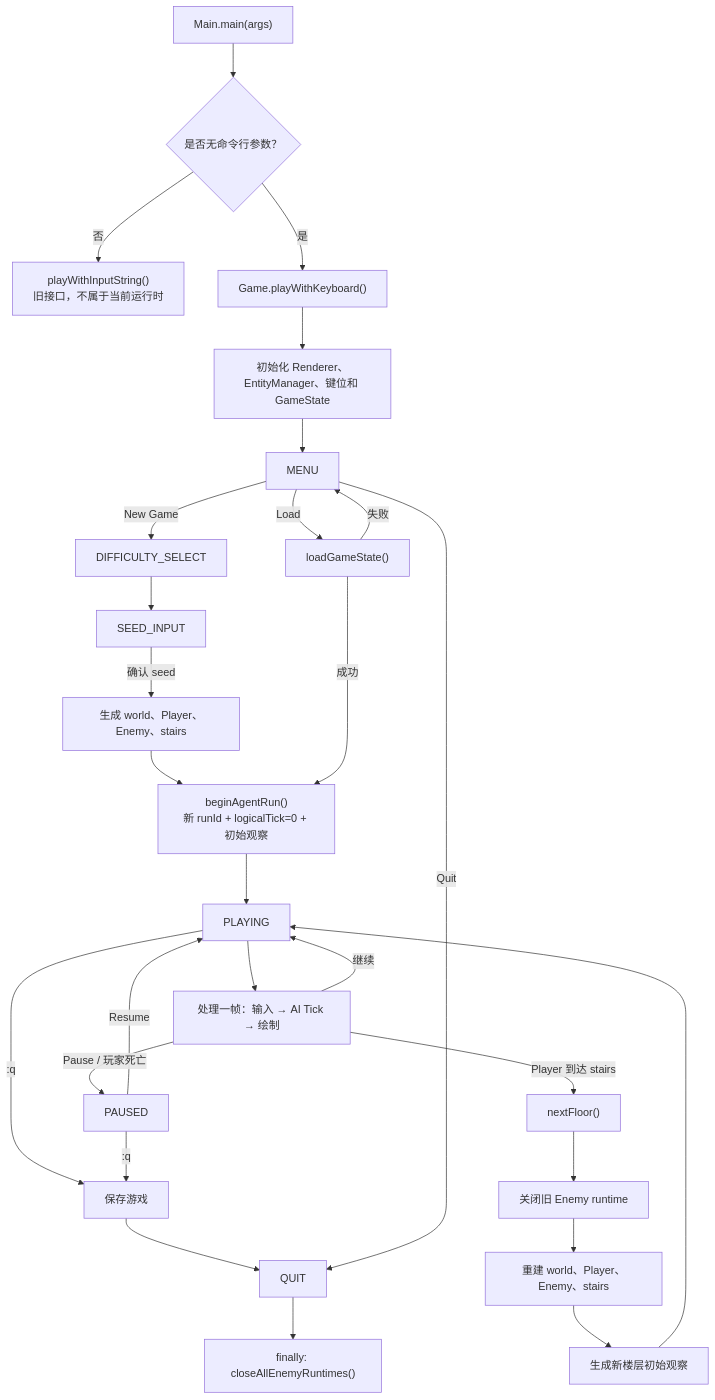
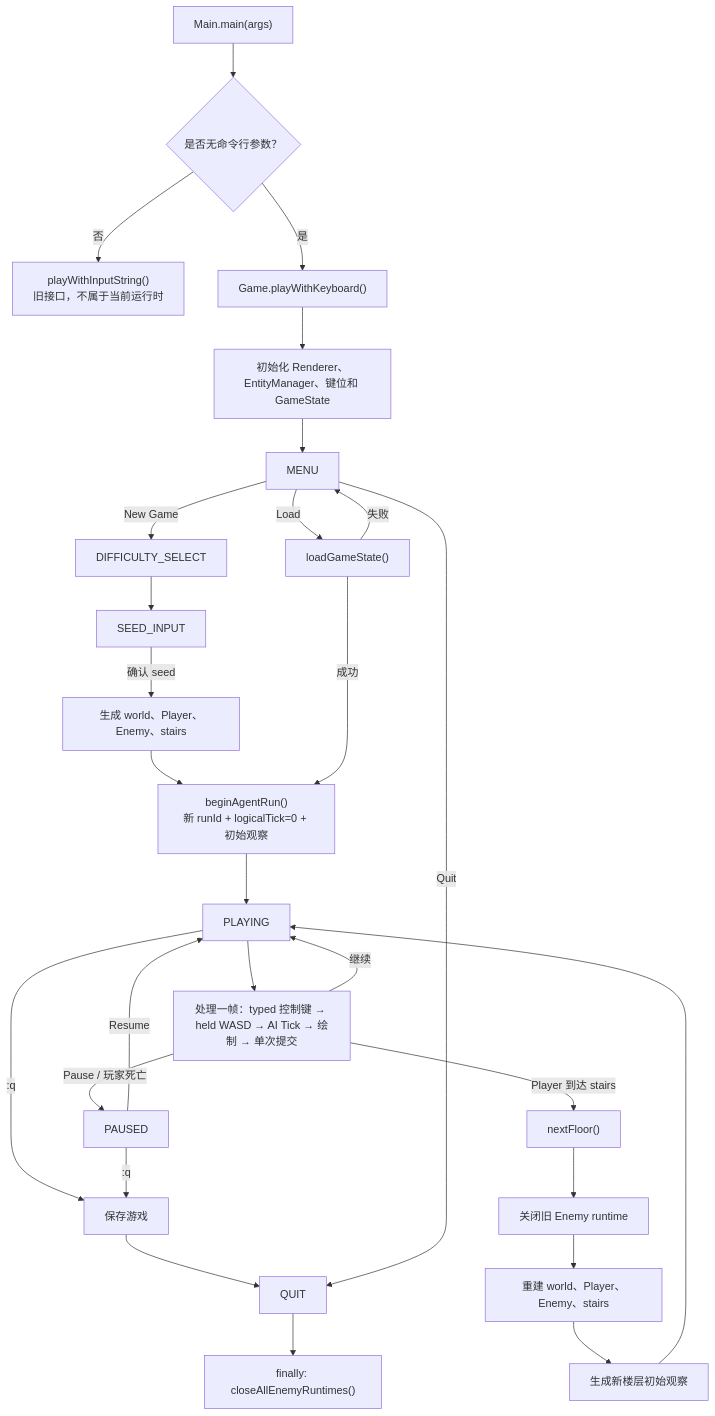
Before and after one commit to ericdonno/cs61b-std: the first of 8 diagrams in proj2/AI_TICK_ARCHITECTURE.md, drawn with Mermaid. The commit also changed other lines of this file and 14 other files, not shown here.

````diff
--- a/proj2/AI_TICK_ARCHITECTURE.md
+++ b/proj2/AI_TICK_ARCHITECTURE.md
@@ -76,36 +77,36 @@
 ```mermaid
 flowchart TD
     MAIN["Main.main(args)"] --> MODE{"是否无命令行参数？"}
     MODE -->|否| LEGACY["playWithInputString()<br/>旧接口，不属于当前运行时"]
     MODE -->|是| START["Game.playWithKeyboard()"]
 
     START --> INIT["初始化 Renderer、EntityManager、键位和 GameState"]
     INIT --> MENU["MENU"]
 
     MENU -->|New Game| DIFF["DIFFICULTY_SELECT"]
     DIFF --> SEED["SEED_INPUT"]
     SEED -->|"确认 seed"| BUILD["生成 world、Player、Enemy、stairs"]
     BUILD --> RUNID["beginAgentRun()<br/>新 runId + logicalTick=0 + 初始观察"]
     RUNID --> PLAYING["PLAYING"]
 
     MENU -->|Load| LOAD["loadGameState()"]
     LOAD -->|成功| RUNID
     LOAD -->|失败| MENU
 
-    PLAYING --> FRAME["处理一帧：输入 → AI Tick → 绘制"]
+    PLAYING --> FRAME["处理一帧：typed 控制键 → held WASD → AI Tick → 绘制 → 单次提交"]
     FRAME -->|继续| PLAYING
     FRAME -->|Pause / 玩家死亡| PAUSED["PAUSED"]
     PAUSED -->|Resume| PLAYING
 
     FRAME -->|"Player 到达 stairs"| FLOOR["nextFloor()"]
     FLOOR --> CLOSEOLD["关闭旧 Enemy runtime"]
     CLOSEOLD --> REBUILD["重建 world、Player、Enemy、stairs"]
     REBUILD --> PRIME["生成新楼层初始观察"]
     PRIME --> PLAYING
 
     PLAYING -->|:q| SAVE["保存游戏"]
     PAUSED -->|:q| SAVE
     SAVE --> QUIT["QUIT"]
     MENU -->|Quit| QUIT
     QUIT --> FINALLY["finally: closeAllEnemyRuntimes()"]
 ```
````
